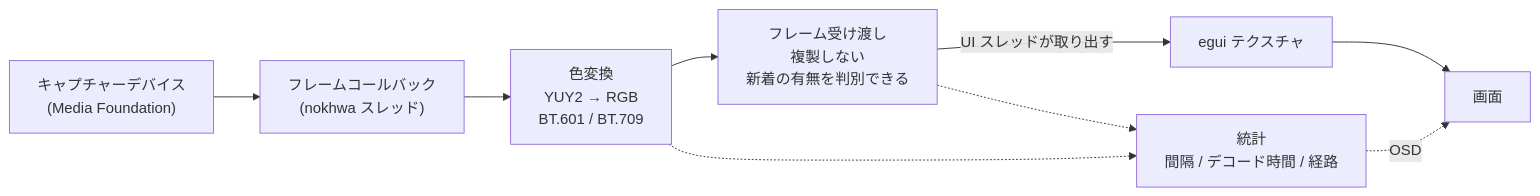
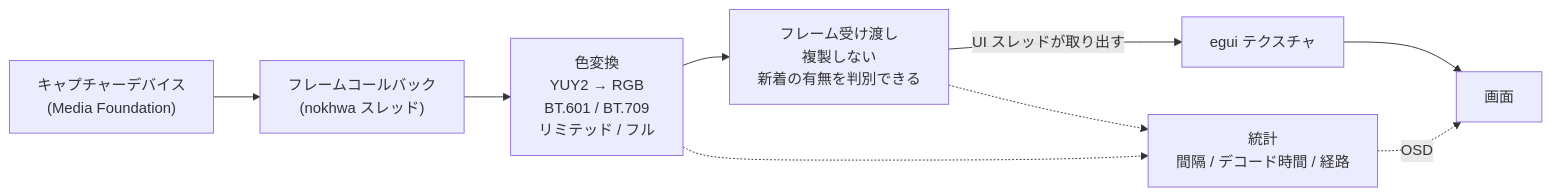
Before and after one commit to Mui-MuiMui/Capturecard_Viewer: the third of 4 diagrams in docs/ARCHITECTURE.md, drawn with Mermaid. The commit also changed other lines of this file and 4 other files, not shown here.

````diff
--- a/docs/ARCHITECTURE.md
+++ b/docs/ARCHITECTURE.md
@@ -133,16 +133,16 @@
 ```mermaid
 flowchart LR
     dev["キャプチャーデバイス<br/>(Media Foundation)"]
     cb["フレームコールバック<br/>(nokhwa スレッド)"]
-    conv["色変換<br/>YUY2 → RGB<br/>BT.601 / BT.709"]
+    conv["色変換<br/>YUY2 → RGB<br/>BT.601 / BT.709<br/>リミテッド / フル"]
     buf["フレーム受け渡し<br/>複製しない<br/>新着の有無を判別できる"]
     tex["egui テクスチャ"]
     draw["画面"]
     stats["統計<br/>間隔 / デコード時間 / 経路"]
 
     dev --> cb --> conv --> buf
     buf -->|UI スレッドが取り出す| tex --> draw
     conv -.-> stats
     buf -.-> stats
     stats -.->|OSD| draw
 ```
````
